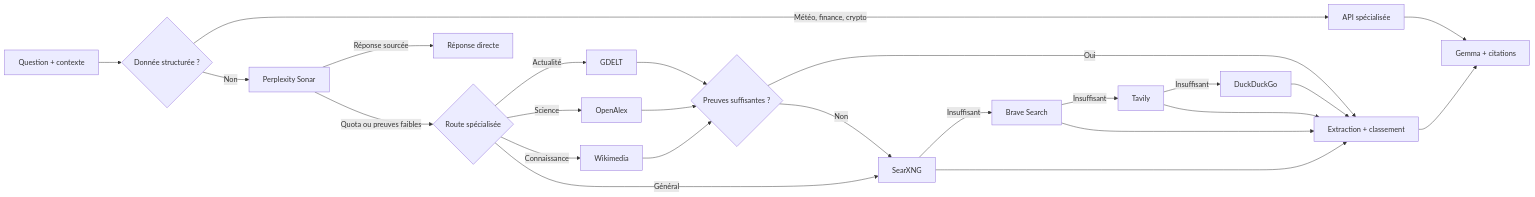
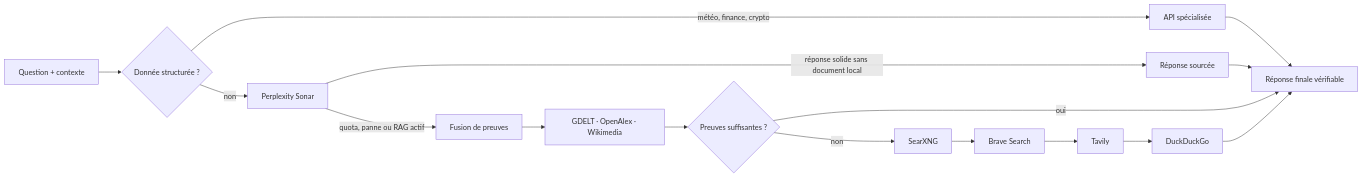
One commit to lasme-ephrem/lasme-llm changed the second of 2 diagrams in README.md. Above: the diagram before and after it, drawn with Mermaid. The commit also changed other lines of this file and 56 other files, not shown here.

````diff
--- a/README.md
+++ b/README.md
@@ -116,26 +189,18 @@
 ```mermaid
 flowchart LR
-    A["Question + contexte"] --> B{"Donnée structurée ?"}
-    B -->|"Météo, finance, crypto"| C["API spécialisée"]
-    C --> O
-    B -->|"Non"| D["Perplexity Sonar"]
-    D -->|"Réponse sourcée"| E["Réponse directe"]
-    D -->|"Quota ou preuves faibles"| F{"Route spécialisée"}
-    F -->|"Actualité"| G["GDELT"]
-    F -->|"Science"| H["OpenAlex"]
-    F -->|"Connaissance"| I["Wikimedia"]
-    F -->|"Général"| J["SearXNG"]
-    G --> P{"Preuves suffisantes ?"}
-    H --> P
-    I --> P
-    P -->|"Oui"| N
-    P -->|"Non"| J
-    J -->|"Insuffisant"| K["Brave Search"]
-    K -->|"Insuffisant"| L["Tavily"]
-    L -->|"Insuffisant"| M["DuckDuckGo"]
-    J --> N["Extraction + classement"]
-    K --> N
-    L --> N
-    M --> N
-    N --> O["Gemma + citations"]
+    Q["Question + contexte"] --> S{"Donnée structurée ?"}
+    S -->|"météo, finance, crypto"| API["API spécialisée"]
+    S -->|"non"| P["Perplexity Sonar"]
+    P -->|"réponse solide sans document local"| DIRECT["Réponse sourcée"]
+    P -->|"quota, panne ou RAG actif"| ROUTE["Fusion de preuves"]
+    ROUTE --> SPEC["GDELT · OpenAlex · Wikimedia"]
+    SPEC --> SCORE{"Preuves suffisantes ?"}
+    SCORE -->|"non"| SX["SearXNG"]
+    SX --> BRAVE["Brave Search"]
+    BRAVE --> TAVILY["Tavily"]
+    TAVILY --> DDG["DuckDuckGo"]
+    API --> FINAL["Réponse finale vérifiable"]
+    DIRECT --> FINAL
+    SCORE -->|"oui"| FINAL
+    DDG --> FINAL
 ```
````
